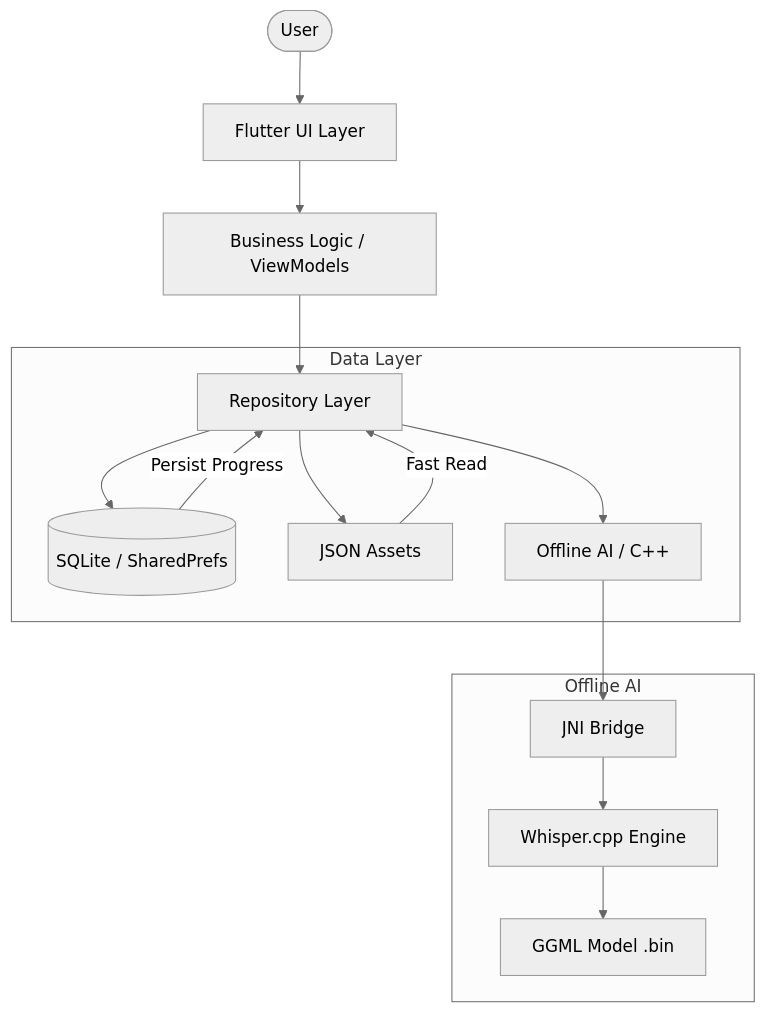
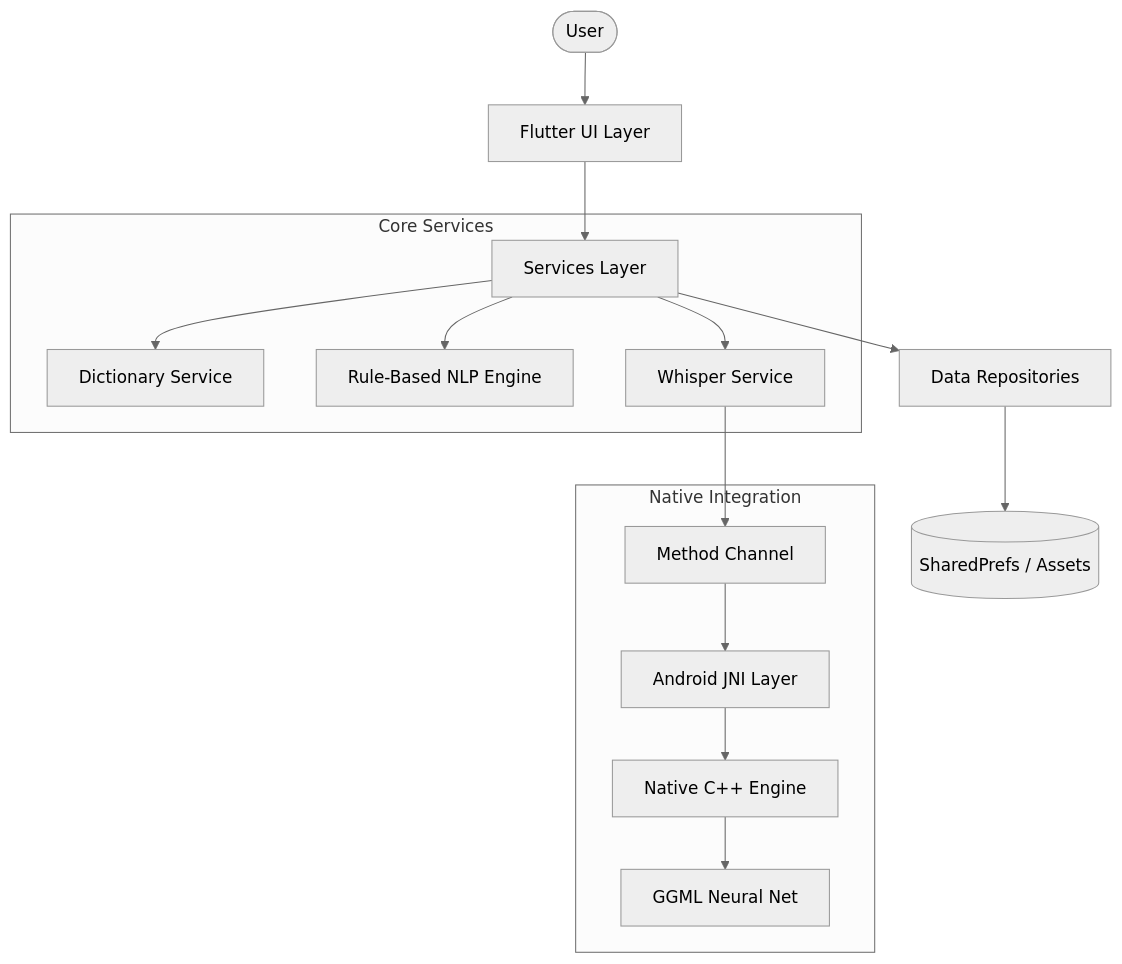
One commit to sathiyatskrj/Speechmate changed the diagram in README.md. Above: the diagram before and after it, drawn with Mermaid (neutral theme). The commit also changed other lines of this file, not shown here.

Commit message:
docs: Update README with Hackathon features (NLP, Whisper) and Tech Stack

````diff
--- a/README.md
+++ b/README.md
@@ -42,21 +66,21 @@
 ```mermaid
 graph TD
     User([User]) --> UI[Flutter UI Layer]
-    UI --> Logic[Business Logic / ViewModels]
-    Logic --> Repo[Repository Layer]
+    UI --> Logic[Services Layer]
+    Logic --> Repo[Data Repositories]
     
-    subgraph Data Layer
-        Repo --> LocalDB[(SQLite / SharedPrefs)]
-        Repo --> Assets[JSON Assets]
-        Repo --> Whisper[Offline AI / C++]
+    subgraph Core Services
+        Logic --> Dict[Dictionary Service]
+        Logic --> NLP[Rule-Based NLP Engine]
+        Logic --> WhisperService[Whisper Service]
     end
     
-    subgraph Offline AI
-        Whisper --> JNI[JNI Bridge]
-        JNI --> CPP[Whisper.cpp Engine]
-        CPP --> Model[GGML Model .bin]
+    subgraph Native Integration
+        WhisperService --> MethodChannel[Method Channel]
+        MethodChannel --> JNI[Android JNI Layer]
+        JNI --> CPP[Native C++ Engine]
+        CPP --> Model[GGML Neural Net]
     end
     
-    Assets -- "Fast Read" --> Repo
-    LocalDB -- "Persist Progress" --> Repo
+    Repo --> LocalDB[(SharedPrefs / Assets)]
 ```
````
